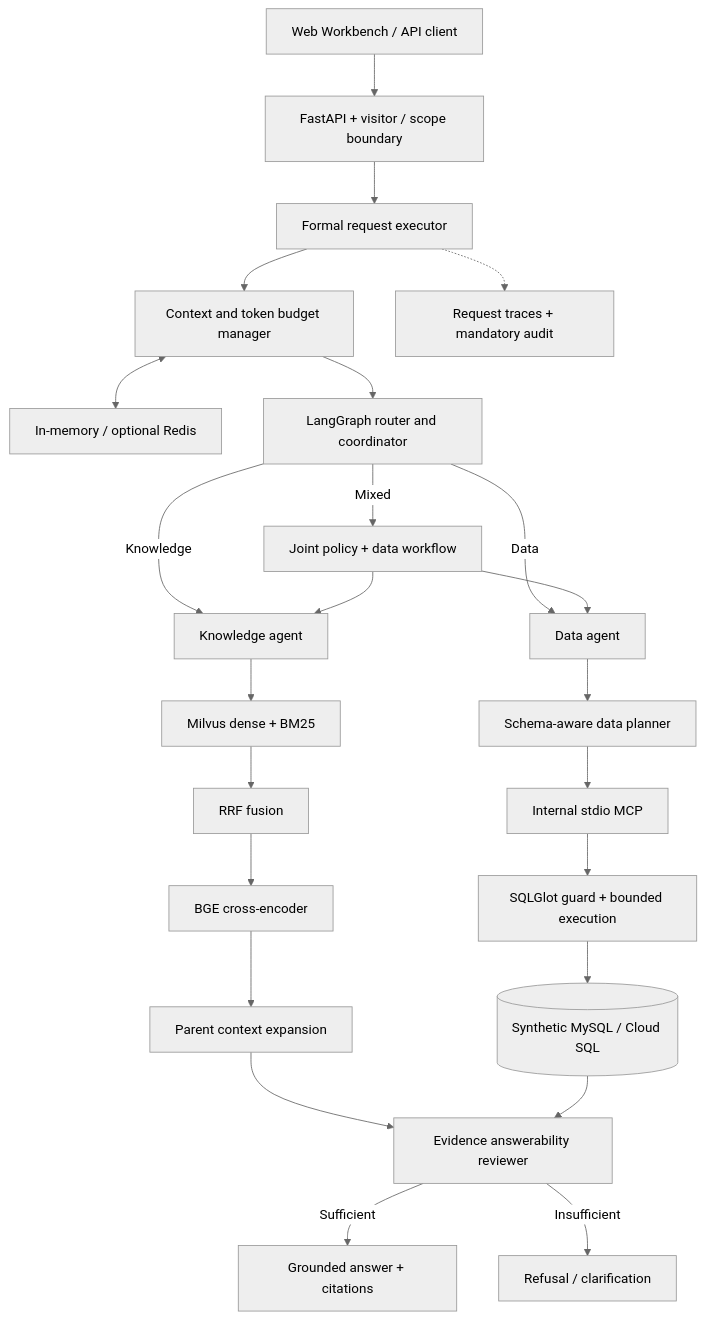
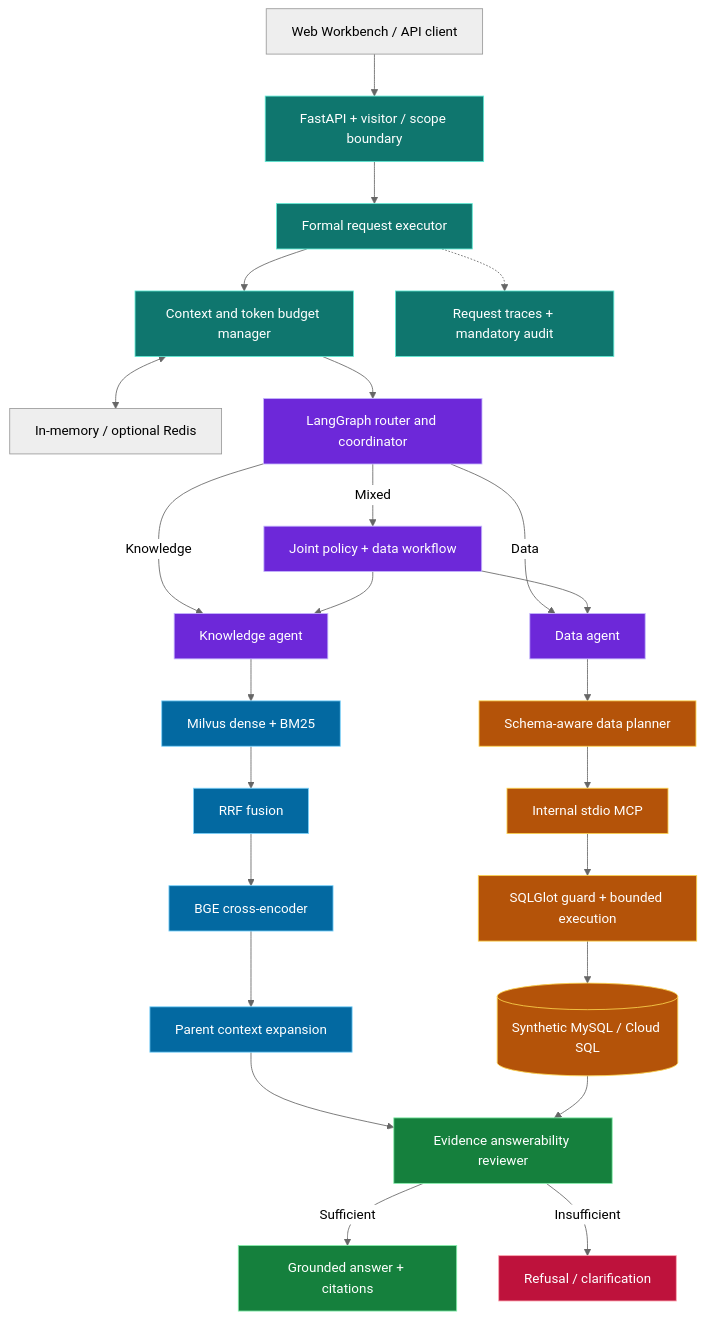
One commit to Akgithub2028/NexusAgent-Enterprise-Autonomous-Multi-Agent-Decision-Intelligence-Platform changed the first of 2 diagrams in README.md. Above: the diagram before and after it, drawn with Mermaid (neutral theme). The commit also changed other lines of this file and 4 other files, not shown here.

````diff
--- a/README.md
+++ b/README.md
@@ -74,26 +97,39 @@
 ```mermaid
 flowchart TD
     UI[Web Workbench / API client] --> API[FastAPI + visitor / scope boundary]
     API --> EX[Formal request executor]
     EX --> CM[Context and token budget manager]
     CM <--> MEM[In-memory / optional Redis]
     CM --> R[LangGraph router and coordinator]
     R -->|Knowledge| K[Knowledge agent]
     R -->|Data| D[Data agent]
     R -->|Mixed| M[Joint policy + data workflow]
     M --> K
     M --> D
     K --> HY[Milvus dense + BM25]
     HY --> RRF[RRF fusion]
     RRF --> CE[BGE cross-encoder]
     CE --> P[Parent context expansion]
     D --> PLAN[Schema-aware data planner]
     PLAN --> MCP[Internal stdio MCP]
     MCP --> SQL[SQLGlot guard + bounded execution]
     SQL --> DB[(Synthetic MySQL / Cloud SQL)]
     P --> REV[Evidence answerability reviewer]
     DB --> REV
     REV -->|Sufficient| OUT[Grounded answer + citations]
     REV -->|Insufficient| STOP[Refusal / clarification]
     EX -.-> OBS[Request traces + mandatory audit]
+
+    classDef gateway fill:#0f766e,stroke:#5eead4,color:#fff
+    classDef agent fill:#6d28d9,stroke:#c4b5fd,color:#fff
+    classDef retrieval fill:#0369a1,stroke:#7dd3fc,color:#fff
+    classDef data fill:#b45309,stroke:#fcd34d,color:#fff
+    classDef review fill:#15803d,stroke:#86efac,color:#fff
+    classDef refusal fill:#be123c,stroke:#fda4af,color:#fff
+    class API,EX,CM,OBS gateway
+    class R,K,D,M agent
+    class HY,RRF,CE,P retrieval
+    class PLAN,MCP,SQL,DB data
+    class REV,OUT review
+    class STOP refusal
 ```
````
